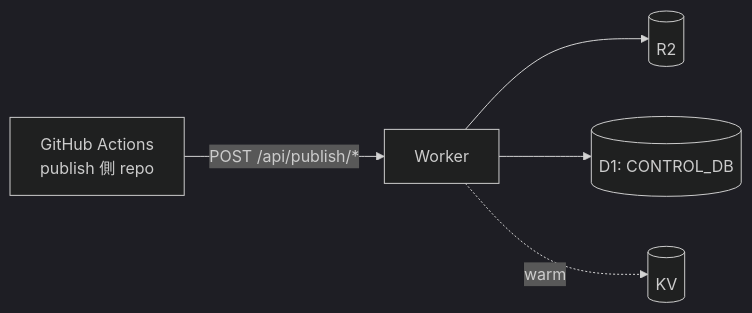
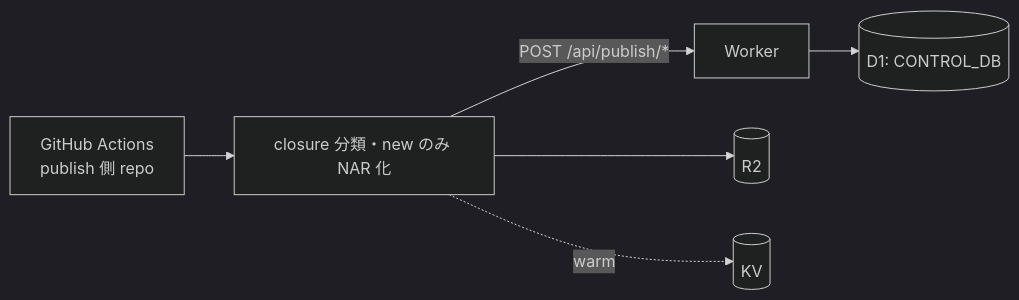
The third of 4 diagrams in README.ja.md (T4ko0522/cf-edgeNix), drawn with Mermaid (dark theme) before and after one commit. The commit also changed other lines of this file and 18 other files, not shown here.

````diff
--- a/README.ja.md
+++ b/README.ja.md
@@ -49,7 +49,8 @@
 ```mermaid
 flowchart LR
-    GHA[GitHub Actions<br/>publish 側 repo] -->|POST /api/publish/*| W[Worker]
-    W --> R2[(R2)]
+    GHA[GitHub Actions<br/>publish 側 repo] --> P[closure 分類・new のみ NAR 化]
+    P -->|POST /api/publish/*| W[Worker]
+    P --> R2[(R2)]
+    P -. warm .-> KV[(KV)]
     W --> D1[(D1: CONTROL_DB)]
-    W -. warm .-> KV[(KV)]
 ```
````
